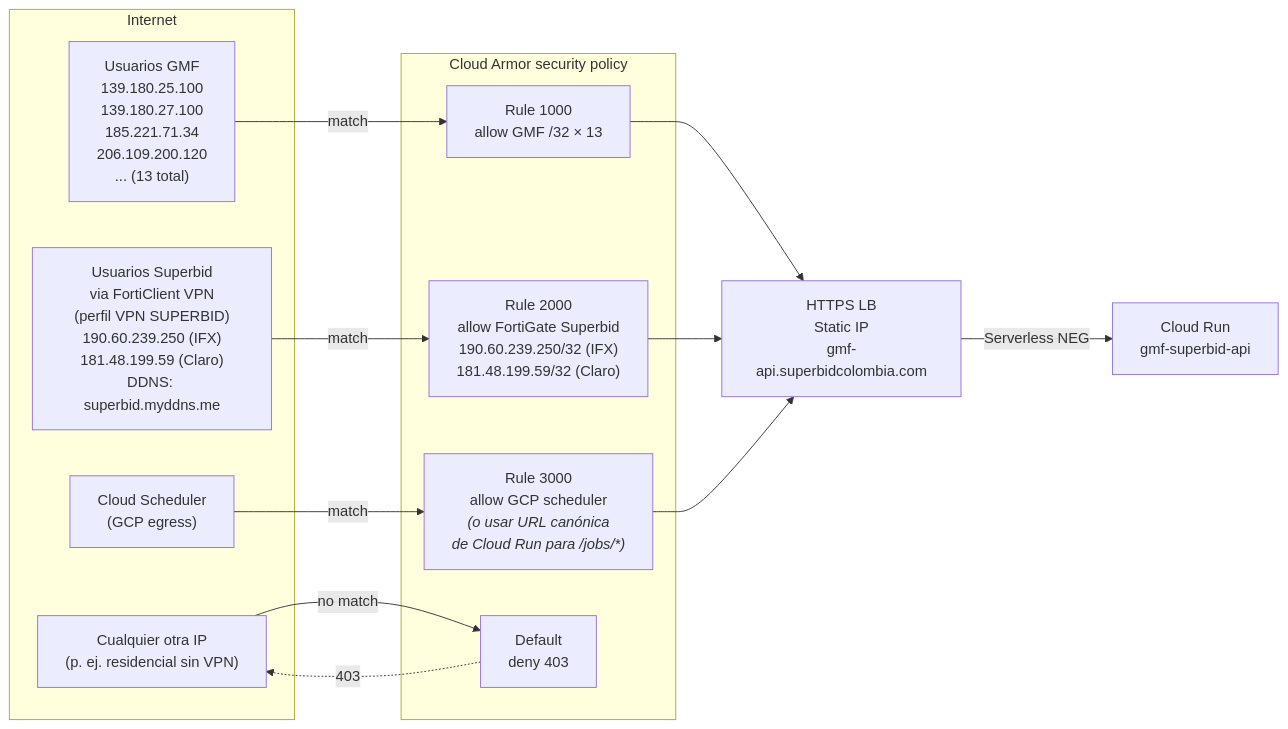
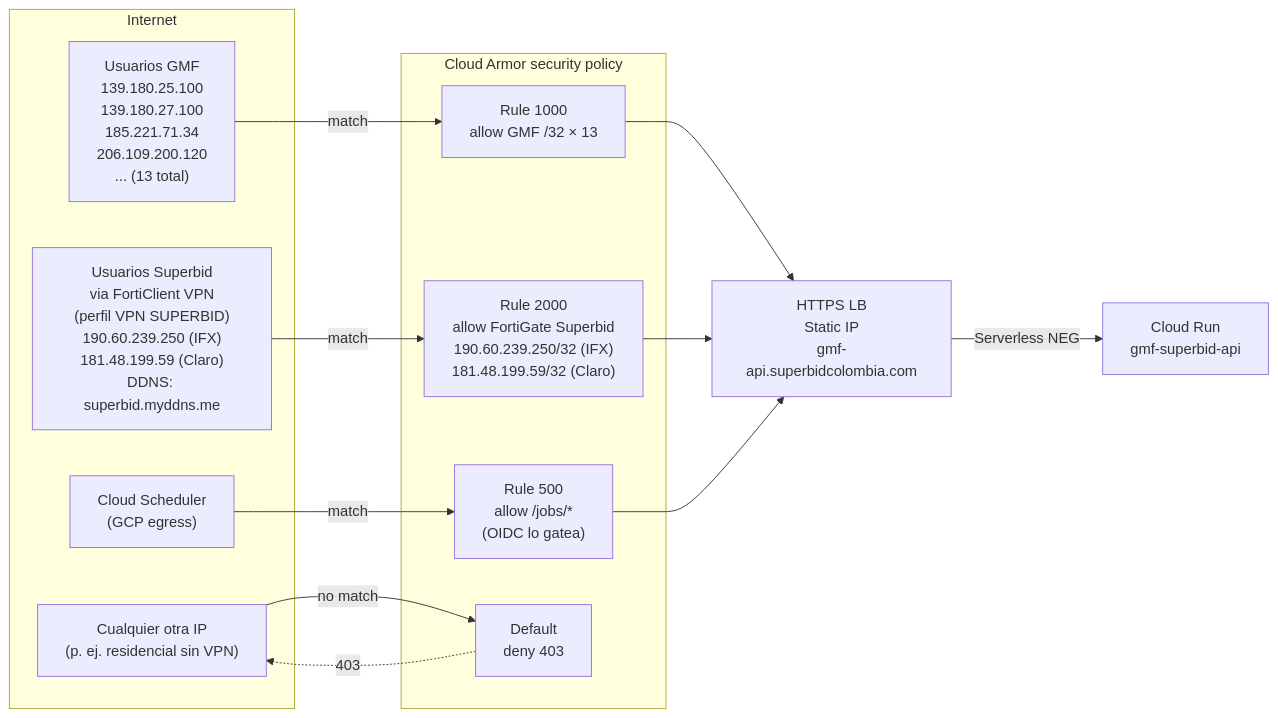
Before and after one commit to sb-dataops/informegmf: the second of 4 diagrams in docs/arquitectura.md, drawn with Mermaid. The commit also changed other lines of this file and 10 other files, not shown here.

````diff
--- a/docs/arquitectura.md
+++ b/docs/arquitectura.md
@@ -79,29 +76,29 @@
 ```mermaid
 flowchart LR
     subgraph internet["Internet"]
         gmf["Usuarios GMF<br/>139.180.25.100<br/>139.180.27.100<br/>185.221.71.34<br/>206.109.200.120<br/>... (13 total)"]
         sb["Usuarios Superbid<br/>via FortiClient VPN<br/>(perfil VPN SUPERBID)<br/>190.60.239.250 (IFX)<br/>181.48.199.59 (Claro)<br/>DDNS: superbid.myddns.me"]
         scheduler["Cloud Scheduler<br/>(GCP egress)"]
         else["Cualquier otra IP<br/>(p. ej. residencial sin VPN)"]
     end
 
     subgraph policy["Cloud Armor security policy"]
         r1["Rule 1000<br/>allow GMF /32 × 13"]
         r2["Rule 2000<br/>allow FortiGate Superbid<br/>190.60.239.250/32 (IFX)<br/>181.48.199.59/32 (Claro)"]
-        r3["Rule 3000<br/>allow GCP scheduler<br/><i>(o usar URL canónica<br/>de Cloud Run para /jobs/*)</i>"]
+        r3["Rule 500<br/>allow /jobs/*<br/>(OIDC lo gatea)"]
         rd["Default<br/>deny 403"]
     end
 
     lb["HTTPS LB<br/>Static IP<br/>gmf-api.superbidcolombia.com"]
     cr["Cloud Run<br/>gmf-superbid-api"]
 
     gmf -->|match| r1
     sb -->|match| r2
     scheduler -->|match| r3
     else -->|no match| rd
     r1 --> lb
     r2 --> lb
     r3 --> lb
     rd -.->|"403"| else
     lb -->|Serverless NEG| cr
 ```
````
